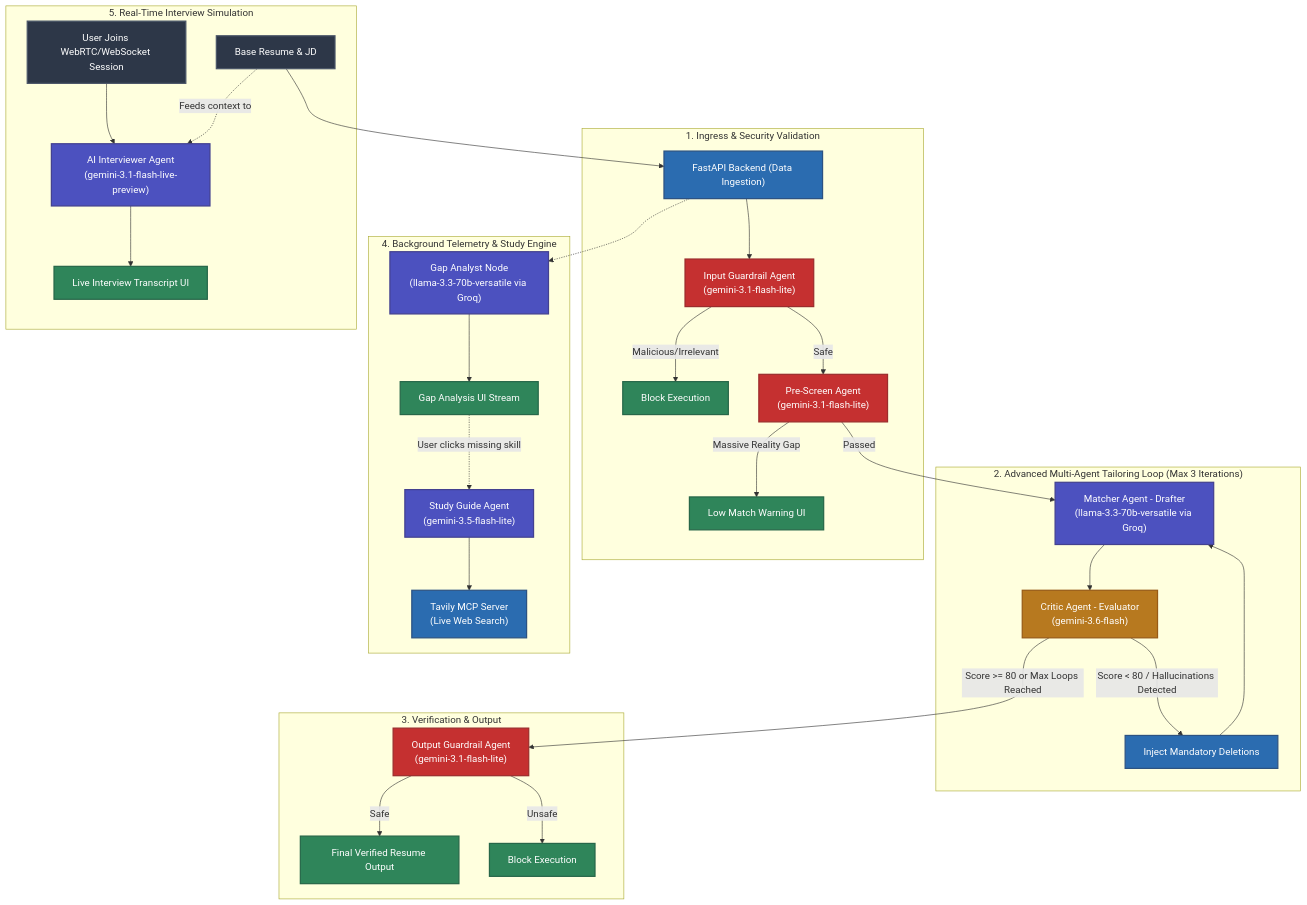
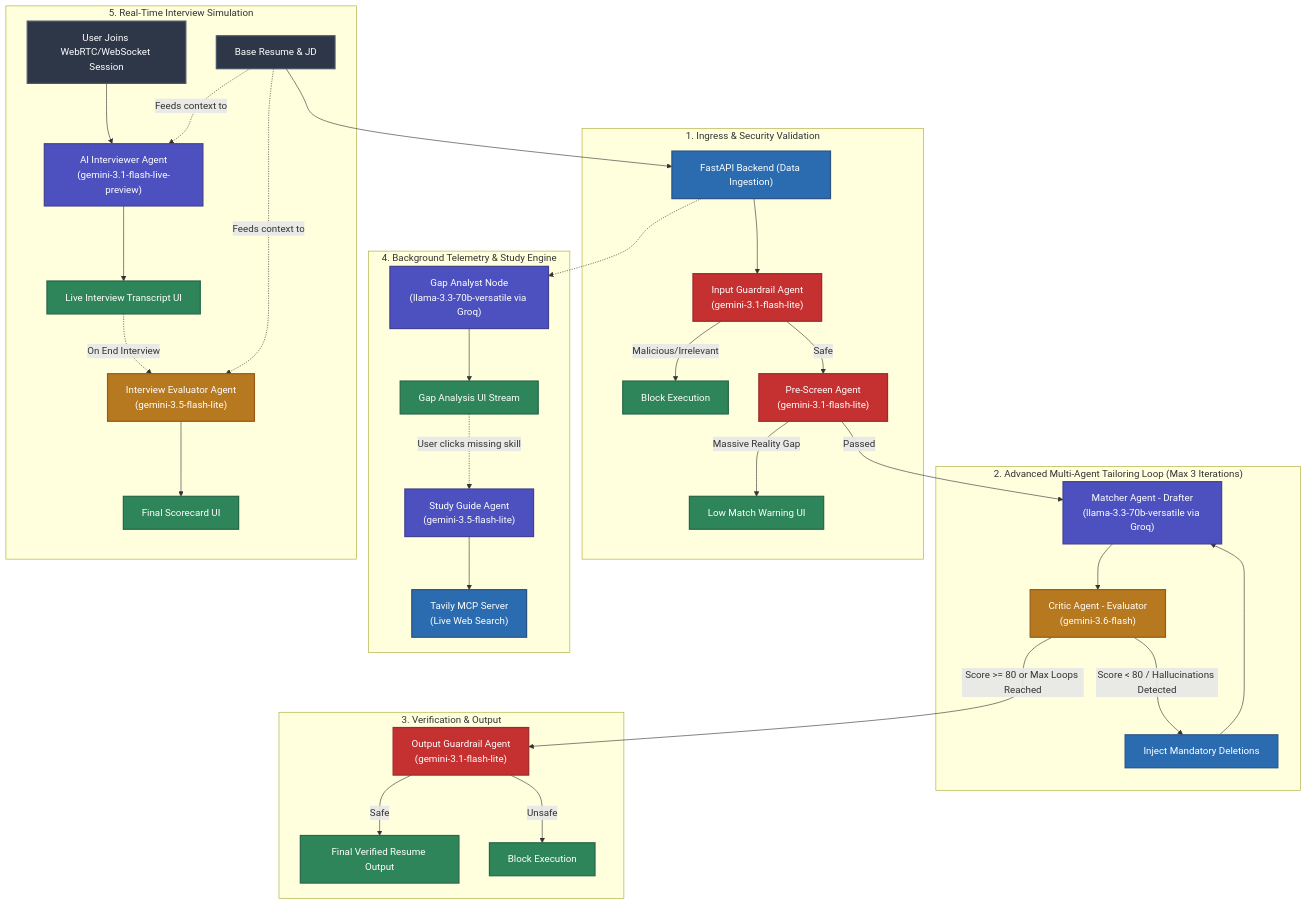
One commit to Sid1396-byte/agentic-resume-interviewer changed the first of 2 diagrams in README.md. Above: the diagram before and after it, drawn with Mermaid. The commit also changed other lines of this file, not shown here.

Commit message:
Add Interview Evaluator node to architecture flowchart

````diff
--- a/README.md
+++ b/README.md
@@ -17,44 +17,47 @@
 ```mermaid
 graph TD
     classDef user fill:#2d3748,stroke:#4a5568,stroke-width:2px,color:#fff
     classDef api fill:#2b6cb0,stroke:#2c5282,stroke-width:2px,color:#fff
     classDef agent fill:#4c51bf,stroke:#434190,stroke-width:2px,color:#fff
     classDef guardrail fill:#c53030,stroke:#9b2c2c,stroke-width:2px,color:#fff
     classDef eval fill:#b7791f,stroke:#975a16,stroke-width:2px,color:#fff
     classDef output fill:#2f855a,stroke:#276749,stroke-width:2px,color:#fff
 
     User["User Uploads Base Resume & JD"]:::user --> FastAPI["FastAPI Backend (Data Ingestion)"]:::api
     
     subgraph "1. Ingress & Security Validation"
         FastAPI --> InputGuardrail["Input Guardrail Agent<br/>(gemini-3.1-flash-lite)"]:::guardrail
         InputGuardrail -- "Malicious/Irrelevant" --> Block1["Block Execution"]:::output
         InputGuardrail -- "Safe" --> PreScreen["Pre-Screen Agent<br/>(gemini-3.1-flash-lite)"]:::guardrail
         PreScreen -- "Massive Reality Gap" --> Alert["Low Match Warning UI"]:::output
     end
 
     subgraph "2. Advanced Multi-Agent Tailoring Loop (Max 3 Iterations)"
         PreScreen -- "Passed" --> Matcher["Matcher Agent - Drafter<br/>(llama-3.3-70b-versatile via Groq)"]:::agent
         Matcher --> Critic["Critic Agent - Evaluator<br/>(gemini-3.6-flash)"]:::eval
         Critic -- "Score < 80 / Hallucinations Detected" --> MandatoryDeletions["Inject Mandatory Deletions"]:::api
         MandatoryDeletions --> Matcher
     end
 
     subgraph "3. Verification & Output"
         Critic -- "Score >= 80 or Max Loops Reached" --> OutputGuardrail["Output Guardrail Agent<br/>(gemini-3.1-flash-lite)"]:::guardrail
         OutputGuardrail -- "Safe" --> FinalDraft["Final Verified Resume Output"]:::output
         OutputGuardrail -- "Unsafe" --> Block2["Block Execution"]:::output
     end
 
     subgraph "4. Background Telemetry & Study Engine"
         FastAPI -.-> GapAnalyst["Gap Analyst Node<br/>(llama-3.3-70b-versatile via Groq)"]:::agent
         GapAnalyst --> GapUI["Gap Analysis UI Stream"]:::output
         GapUI -. "User clicks missing skill" .-> StudyAgent["Study Guide Agent<br/>(gemini-3.5-flash-lite)"]:::agent
         StudyAgent --> TavilyMCP["Tavily MCP Server<br/>(Live Web Search)"]:::api
     end
 
     subgraph "5. Real-Time Interview Simulation"
         UserInterview["User Joins WebRTC/WebSocket Session"]:::user --> Interviewer["AI Interviewer Agent<br/>(gemini-3.1-flash-live-preview)"]:::agent
         User["Base Resume & JD"] -. "Feeds context to" .-> Interviewer
         Interviewer --> LiveTranscript["Live Interview Transcript UI"]:::output
+        LiveTranscript -. "On End Interview" .-> InterviewEvaluator["Interview Evaluator Agent<br/>(gemini-3.5-flash-lite)"]:::eval
+        User -. "Feeds context to" .-> InterviewEvaluator
+        InterviewEvaluator --> ScorecardUI["Final Scorecard UI"]:::output
     end
 ```
````
